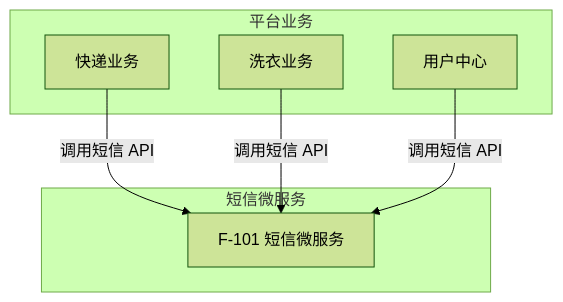
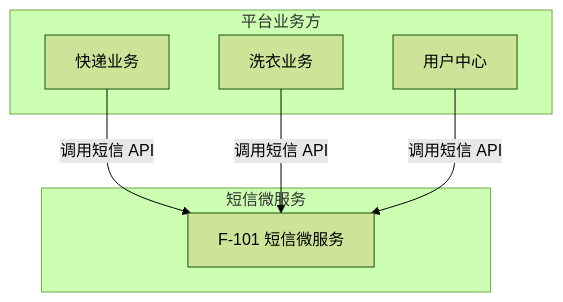
Before and after one commit to MarkTina/VitepressPRD: the first of 2 diagrams in docs/versions/v1.1.0/05-features/index.md, drawn with Mermaid (forest theme). The commit also changed other lines of this file and 5 other files, not shown here.

````diff
--- a/docs/versions/v1.1.0/05-features/index.md
+++ b/docs/versions/v1.1.0/05-features/index.md
@@ -19,16 +16,16 @@
 ```mermaid
 graph TD
     subgraph 短信微服务
         F101[F-101 短信微服务]
     end
 
-    subgraph 平台业务
+    subgraph 平台业务方
         Express[快递业务]
         Laundry[洗衣业务]
         UserCenter[用户中心]
     end
 
     Express -->|调用短信 API| F101
     Laundry -->|调用短信 API| F101
     UserCenter -->|调用短信 API| F101
 ```
````
